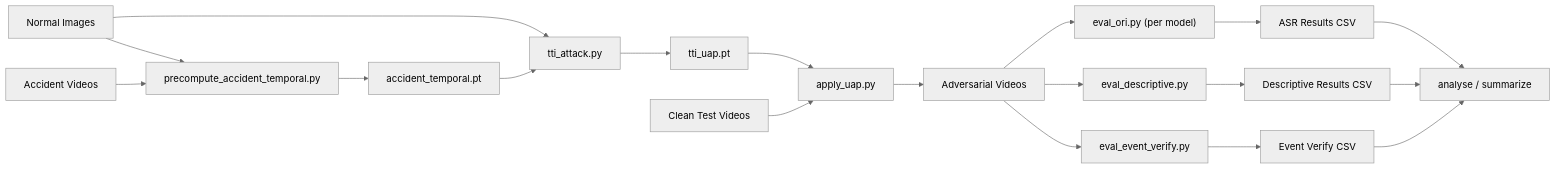
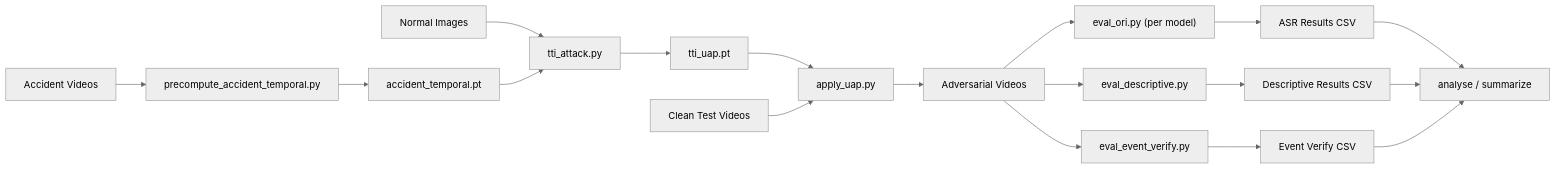
Before and after one commit to ZMinghuiZ/FYP-TTI-UAP: the diagram in README.md, drawn with Mermaid (neutral theme). The commit also changed other lines of this file and 2 other files, not shown here.

Commit message:
Update README and config for Gemma4

````diff
--- a/README.md
+++ b/README.md
@@ -11,21 +11,22 @@
 ```mermaid
 flowchart LR
-    A[Normal Images] --> B[precompute_accident_temporal.py]
+    A[Normal Images]
+    B[precompute_accident_temporal.py]
     C[Accident Videos] --> B
     B --> D[accident_temporal.pt]
     A --> E[tti_attack.py]
     D --> E
     E --> F[tti_uap.pt]
     F --> G[apply_uap.py]
     H[Clean Test Videos] --> G
     G --> I[Adversarial Videos]
     I --> J["eval_ori.py (per model)"]
     I --> K[eval_descriptive.py]
     I --> L[eval_event_verify.py]
     J --> M[ASR Results CSV]
     K --> N[Descriptive Results CSV]
     L --> O[Event Verify CSV]
     M --> P["analyse / summarize"]
     N --> P
     O --> P
 ```
````
